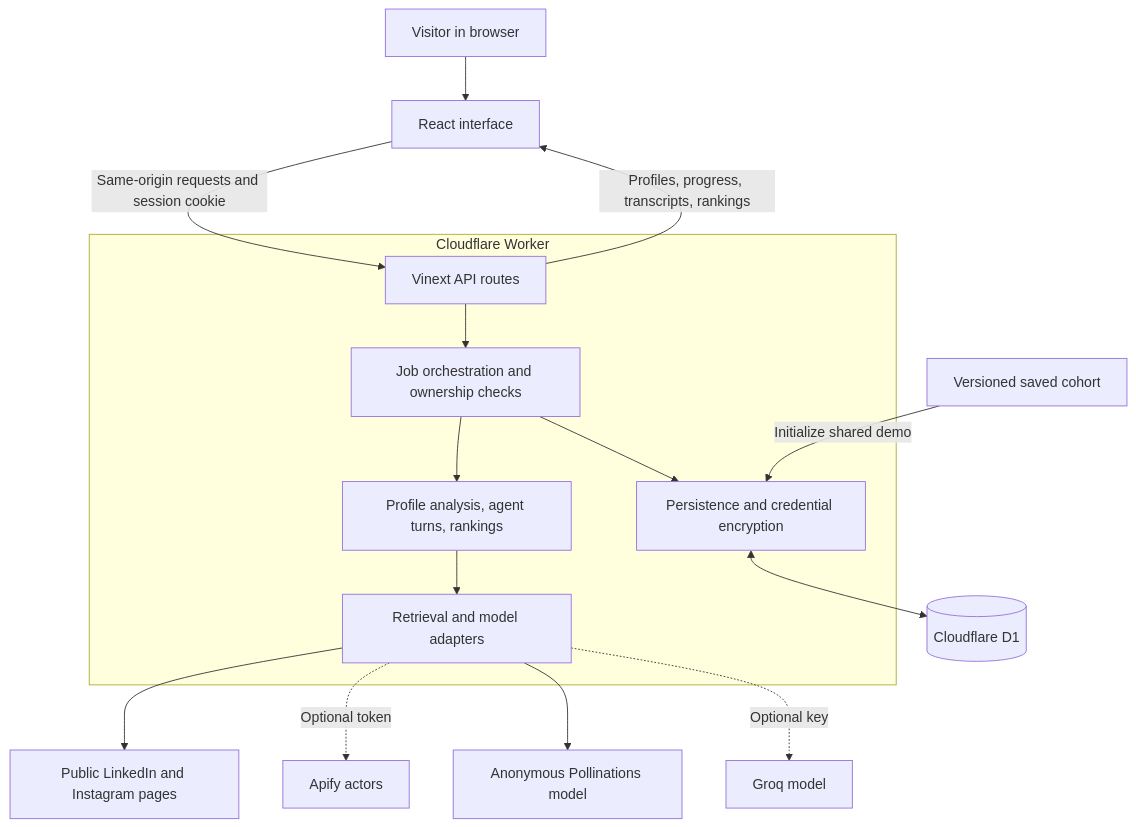
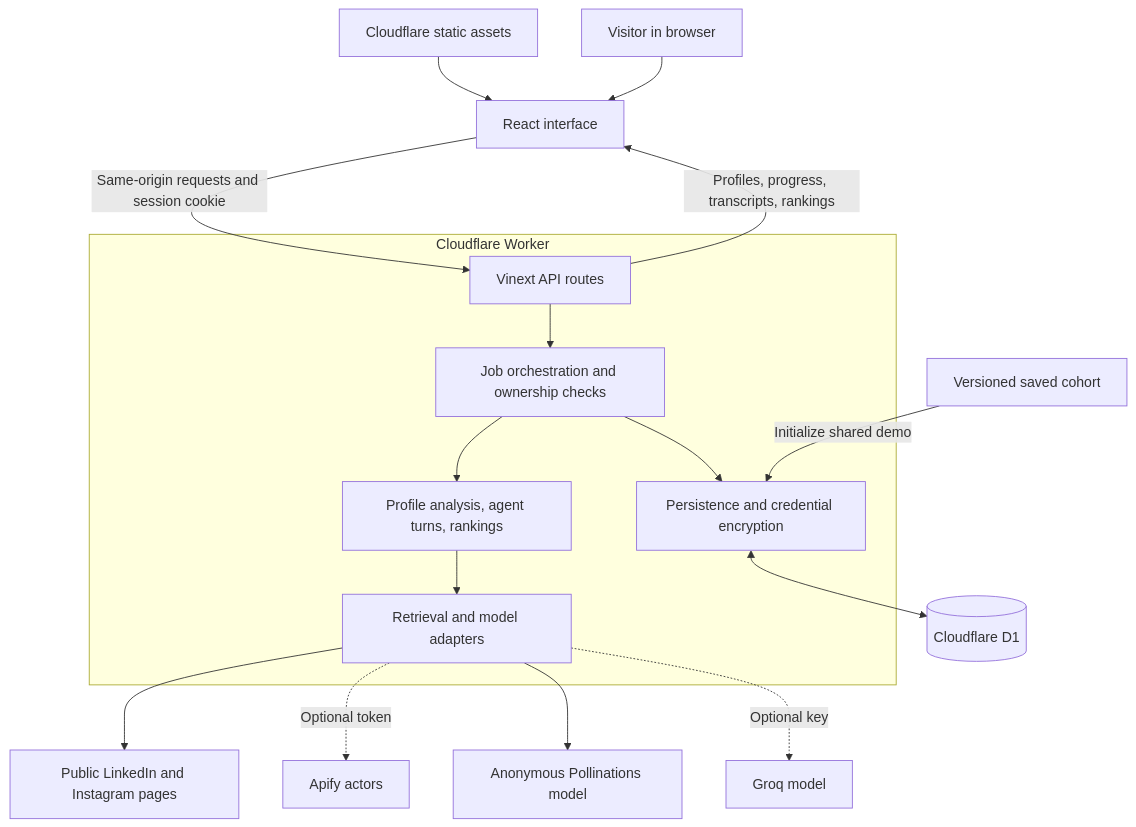
The first of 4 diagrams in README.md (amithkm9/afterhours), drawn with Mermaid before and after one commit. The commit also changed other lines of this file and 12 other files, not shown here.

````diff
--- a/README.md
+++ b/README.md
@@ -58,18 +58,19 @@
 ```mermaid
 flowchart TB
-    Visitor[Visitor in browser] --> UI[React interface]
+    Assets[Cloudflare static assets] --> UI[React interface]
+    Visitor[Visitor in browser] --> UI
     UI -->|Same-origin requests and session cookie| API[Vinext API routes]
     subgraph Worker[Cloudflare Worker]
         API --> Service[Job orchestration and ownership checks]
         Service --> Engine[Profile analysis, agent turns, rankings]
         Service --> Store[Persistence and credential encryption]
         Engine --> Providers[Retrieval and model adapters]
     end
     Store <--> D1[(Cloudflare D1)]
     Providers --> Public[Public LinkedIn and Instagram pages]
     Providers -. Optional token .-> Apify[Apify actors]
     Providers --> Anonymous[Anonymous Pollinations model]
     Providers -. Optional key .-> Groq[Groq model]
     Seed[Versioned saved cohort] -->|Initialize shared demo| Store
     API -->|Profiles, progress, transcripts, rankings| UI
 ```
````
